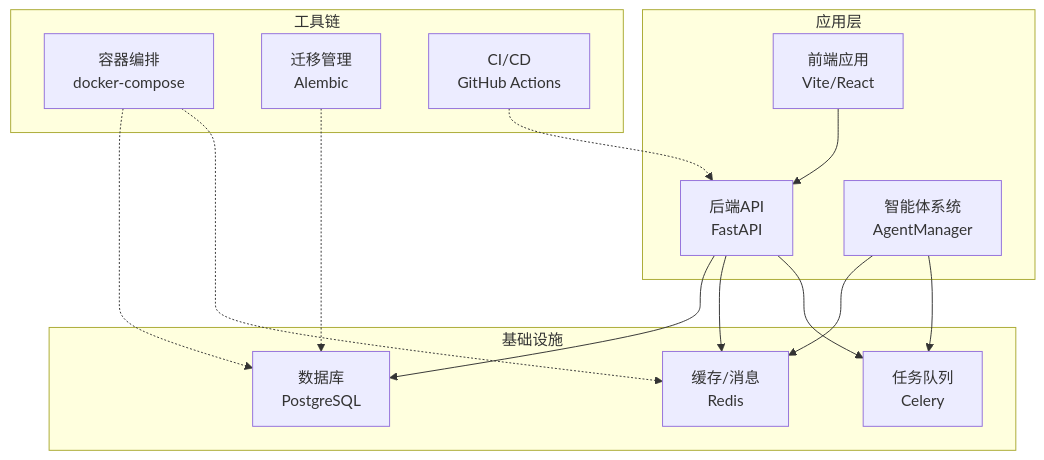
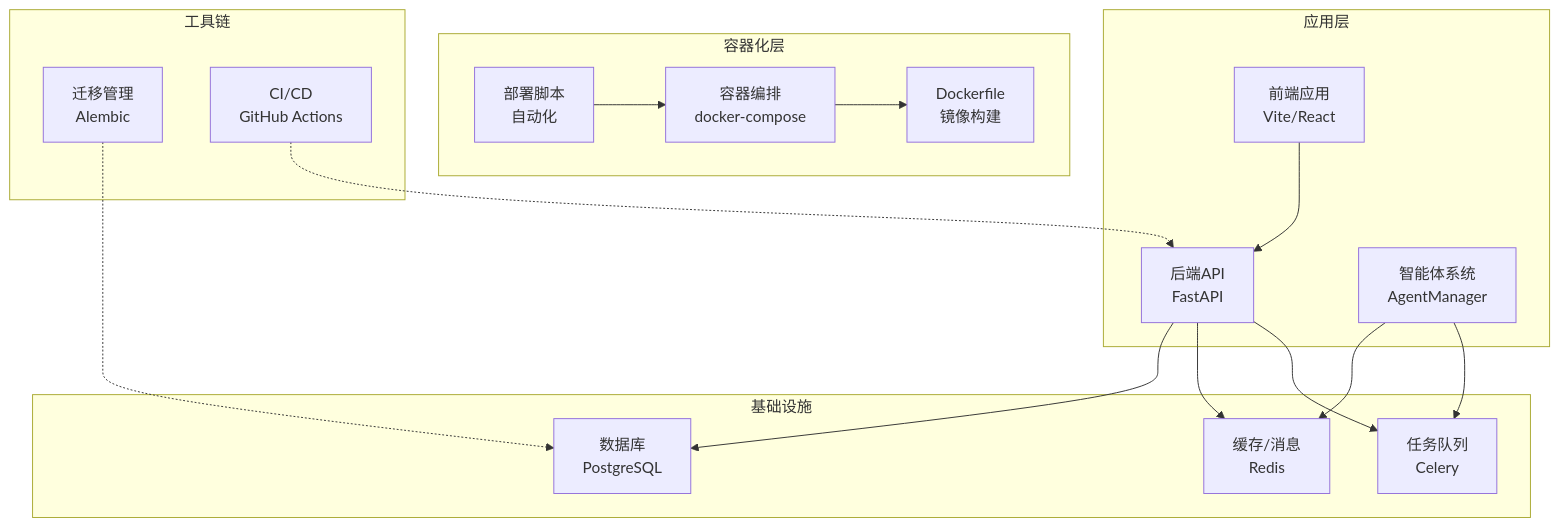
The first of 5 diagrams in .qoder/repowiki/zh/content/部署与运维/部署与运维.md (xfbyxq/ai-novel-system), drawn with Mermaid before and after one commit. The commit also changed other lines of this file and 84 other files, not shown here.

````diff
--- a/.qoder/repowiki/zh/content/部署与运维/部署与运维.md
+++ b/.qoder/repowiki/zh/content/部署与运维/部署与运维.md
@@ -50,28 +58,32 @@
 ```mermaid
 graph TB
 subgraph "应用层"
 FE["前端应用<br/>Vite/React"]
 BE["后端API<br/>FastAPI"]
 AG["智能体系统<br/>AgentManager"]
 end
 subgraph "基础设施"
 PG["数据库<br/>PostgreSQL"]
 RD["缓存/消息<br/>Redis"]
 CW["任务队列<br/>Celery"]
 end
+subgraph "容器化层"
+DC["容器编排<br/>docker-compose"]
+DF["Dockerfile<br/>镜像构建"]
+DS["部署脚本<br/>自动化"]
+end
 subgraph "工具链"
-DC["容器编排<br/>docker-compose"]
 AL["迁移管理<br/>Alembic"]
 GH["CI/CD<br/>GitHub Actions"]
 end
 FE --> BE
 BE --> PG
 BE --> RD
 BE --> CW
 AG --> RD
 AG --> CW
-DC -.-> PG
-DC -.-> RD
+DC --> DF
+DS --> DC
 AL -.-> PG
 GH -.-> BE
 ```
````
